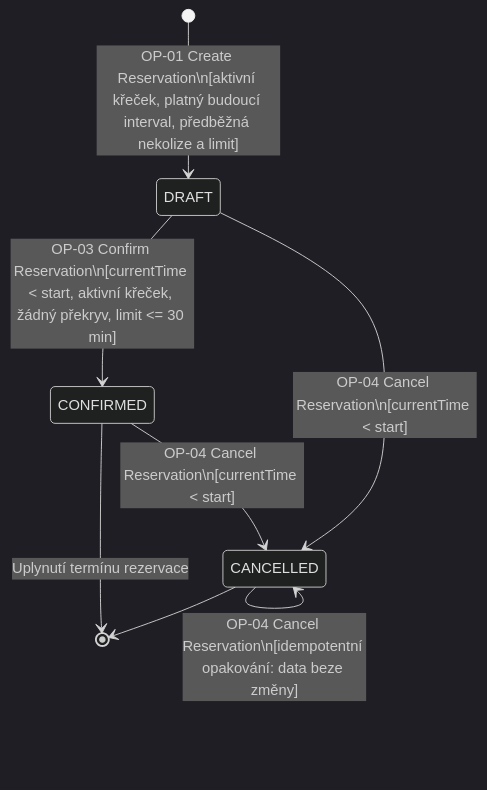
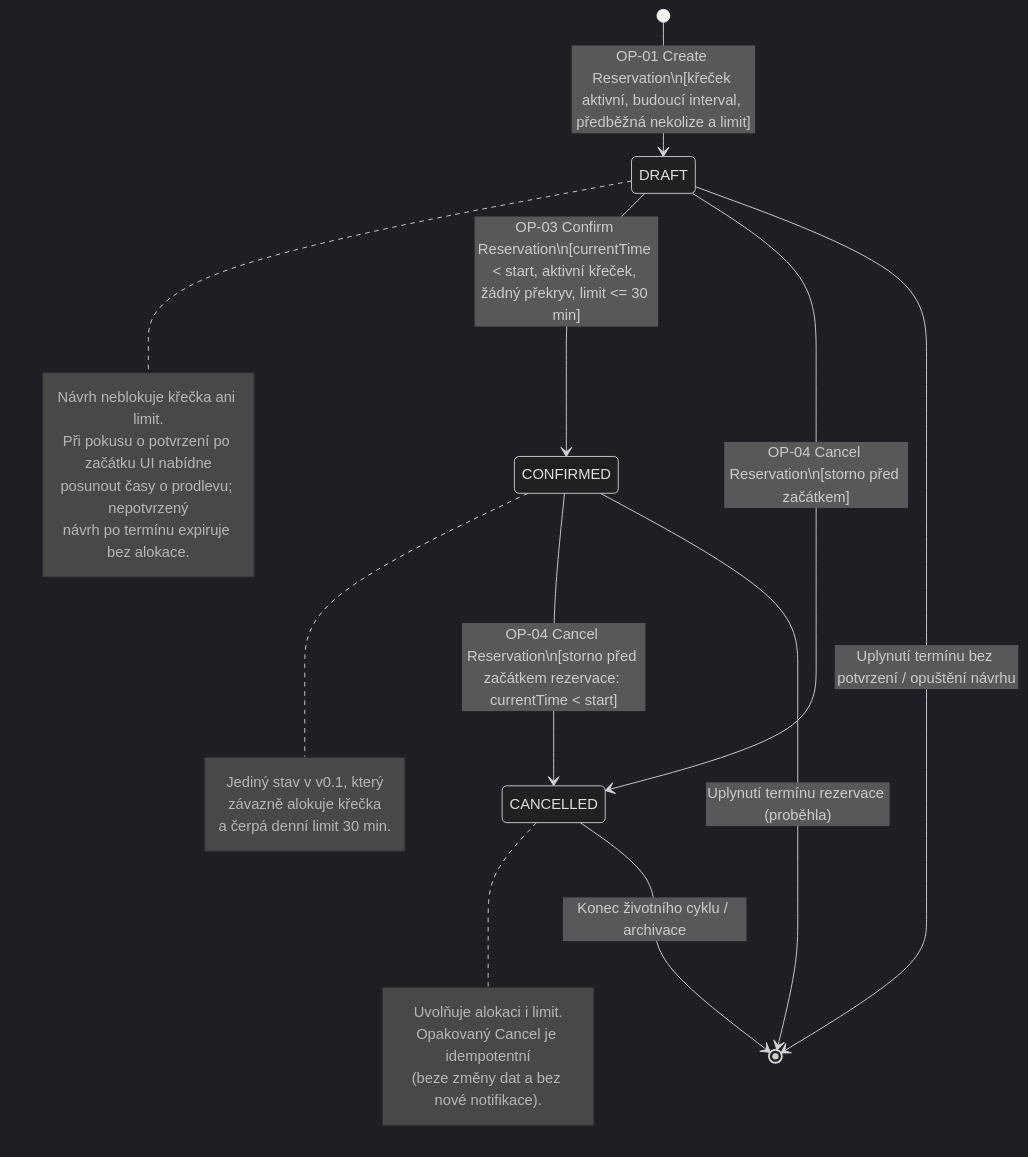
Before and after one commit to tomaskirnig/SWI_2027: the second of 6 diagrams in DIAGRAMS.md, drawn with Mermaid (dark theme). The commit also changed other lines of this file and 1 other file, not shown here.

Commit message:
refactor: Refactored diagrams.md

````diff
--- a/DIAGRAMS.md
+++ b/DIAGRAMS.md
@@ -67,14 +74,32 @@
 ```mermaid
 stateDiagram-v2
-    [*] --> DRAFT : OP-01 Create Reservation\n[aktivní křeček, platný budoucí interval, předběžná nekolize a limit]
+    [*] --> DRAFT : OP-01 Create Reservation\n[křeček aktivní, budoucí interval, předběžná nekolize a limit]
+
+    note right of DRAFT
+        Návrh neblokuje křečka ani limit.
+        Při pokusu o potvrzení po začátku UI nabídne
+        posunout časy o prodlevu; nepotvrzený
+        návrh po termínu expiruje bez alokace.
+    end note
 
     DRAFT --> CONFIRMED : OP-03 Confirm Reservation\n[currentTime < start, aktivní křeček, žádný překryv, limit <= 30 min]
-    DRAFT --> CANCELLED : OP-04 Cancel Reservation\n[currentTime < start]
+    DRAFT --> CANCELLED : OP-04 Cancel Reservation\n[storno před začátkem]
+    DRAFT --> [*] : Uplynutí termínu bez potvrzení / opuštění návrhu
 
-    CONFIRMED --> CANCELLED : OP-04 Cancel Reservation\n[currentTime < start]
+    note right of CONFIRMED
+        Jediný stav v v0.1, který
+        závazně alokuje křečka
+        a čerpá denní limit 30 min.
+    end note
 
-    CANCELLED --> CANCELLED : OP-04 Cancel Reservation\n[idempotentní opakování: data beze změny]
+    CONFIRMED --> CANCELLED : OP-04 Cancel Reservation\n[storno před začátkem rezervace: currentTime < start]
+    CONFIRMED --> [*] : Uplynutí termínu rezervace (proběhla)
 
-    CANCELLED --> [*]
-    CONFIRMED --> [*] : Uplynutí termínu rezervace
+    note right of CANCELLED
+        Uvolňuje alokaci i limit.
+        Opakovaný Cancel je idempotentní
+        (beze změny dat a bez nové notifikace).
+    end note
+
+    CANCELLED --> [*] : Konec životního cyklu / archivace
 ```
````
